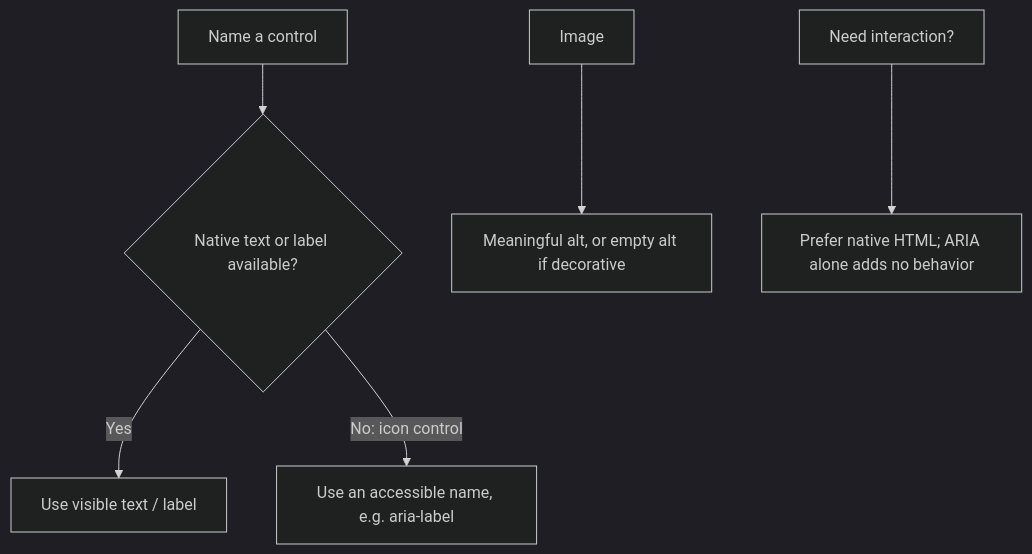
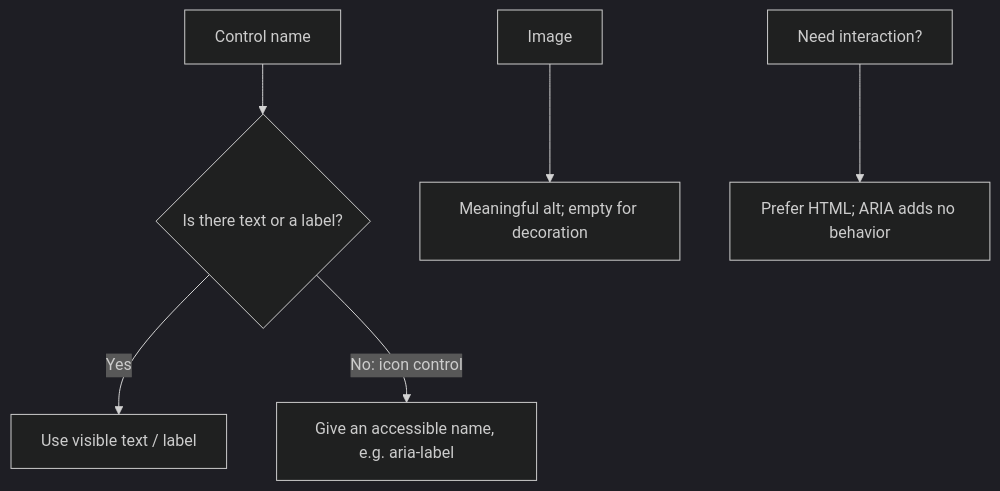
The second of 2 diagrams in HTML/Lesson-8/en/Accessibility (a11y).md (JLearn-space/JLearn-docs), drawn with Mermaid (dark theme) before and after one commit. The commit also changed other lines of this file and 148 other files, not shown here.

````diff
--- a/HTML/Lesson-8/en/Accessibility (a11y).md
+++ b/HTML/Lesson-8/en/Accessibility (a11y).md
@@ -144,8 +192,8 @@
 ```mermaid
 flowchart TD
- A["Name a control"] --> B{"Native text or label available?"}
+ A["Control name"] --> B{"Is there text or a label?"}
  B -->|Yes| C["Use visible text / label"]
- B -->|"No: icon control"| D["Use an accessible name, e.g. aria-label"]
- E["Image"] --> F["Meaningful alt, or empty alt if decorative"]
- G["Need interaction?"] --> H["Prefer native HTML; ARIA alone adds no behavior"]
+ B -->|"No: icon control"| D["Give an accessible name, e.g. aria-label"]
+ E["Image"] --> F["Meaningful alt; empty for decoration"]
+ G["Need interaction?"] --> H["Prefer HTML; ARIA adds no behavior"]
 ```
````
